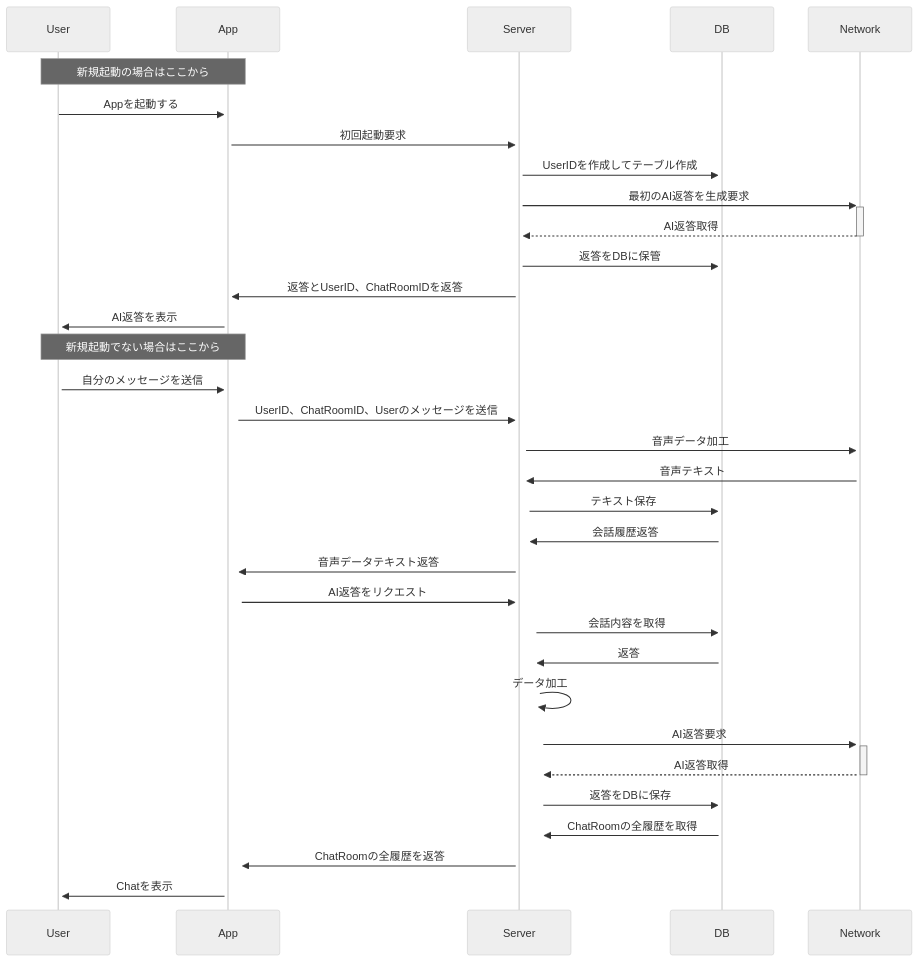
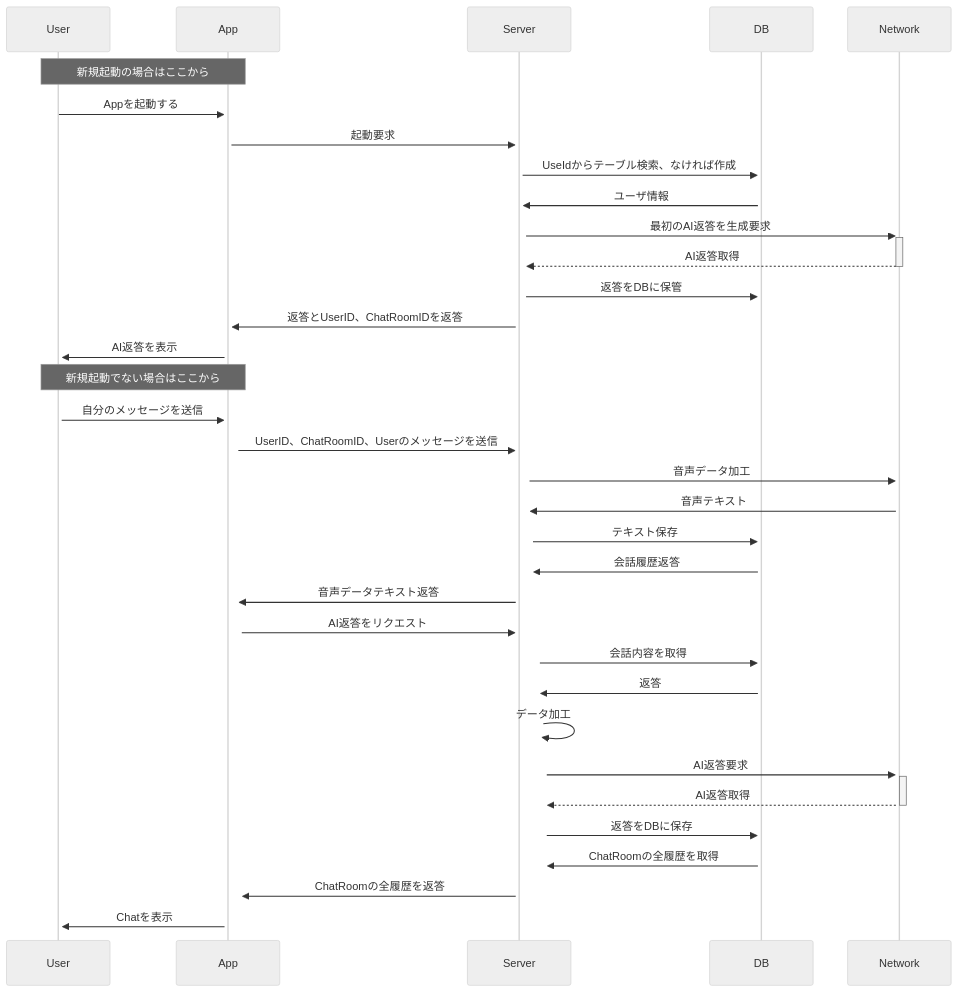
Before and after one commit to kkhouse/Playground: the diagram in Other/memo/４月/システムシーケンス.md, drawn with Mermaid (neutral theme). The commit also changed 3 other files, not shown here.

````diff
--- a/Other/memo/４月/システムシーケンス.md
+++ b/Other/memo/４月/システムシーケンス.md
@@ -19,35 +19,36 @@
 ```mermaid
 sequenceDiagram
     participant User
     participant App
     participant Server
     participant DB
     participant Network
     Note over App, User: 新規起動の場合はここから
     User->>+App: Appを起動する
-    App->>+Server: 初回起動要求
-    Server->>+DB: UserIDを作成してテーブル作成
+    App->>+Server: 起動要求
+    Server->>+DB: UseIdからテーブル検索、なければ作成
+    DB->>+Server: ユーザ情報
     Server->>+Network: 最初のAI返答を生成要求
     Network-->>-Server: AI返答取得
     Server->>+DB: 返答をDBに保管
     Server->>+App: 返答とUserID、ChatRoomIDを返答
     App->>+User: AI返答を表示
     Note over App, User: 新規起動でない場合はここから
     User->>+App: 自分のメッセージを送信
     App->>+Server: UserID、ChatRoomID、Userのメッセージを送信
     Server->>+Network:音声データ加工
     Network->>+Server: 音声テキスト
     Server->>+DB:テキスト保存
     DB->>+Server: 会話履歴返答
     Server->>+App:音声データテキスト返答
     App->>+Server:AI返答をリクエスト
     Server->>+DB: 会話内容を取得
     DB->>+Server: 返答
     Server->>+Server: データ加工
     Server->>+Network: AI返答要求
     Network-->>-Server: AI返答取得
     Server->>+DB: 返答をDBに保存
     DB->>+Server: ChatRoomの全履歴を取得
     Server->>+App: ChatRoomの全履歴を返答
     App->>+User: Chatを表示
 ```
````
